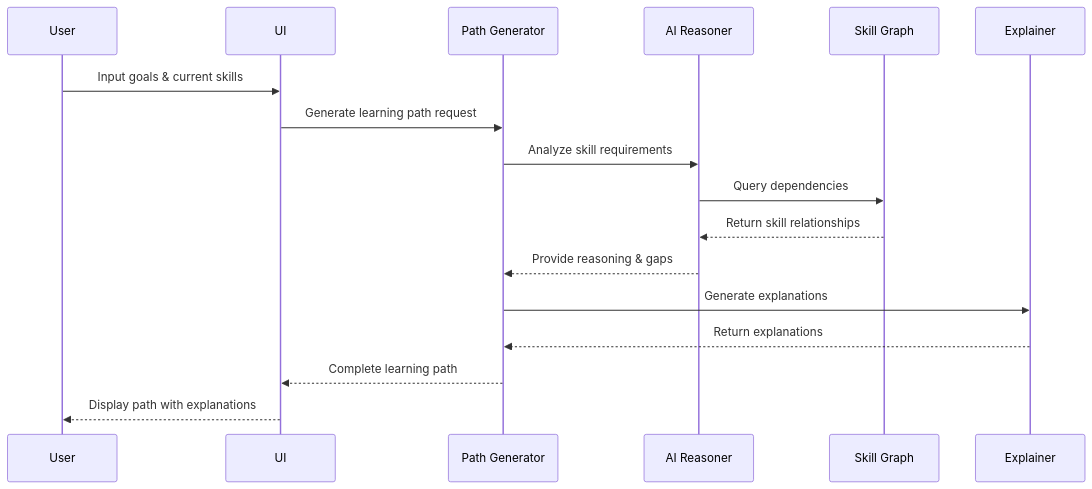
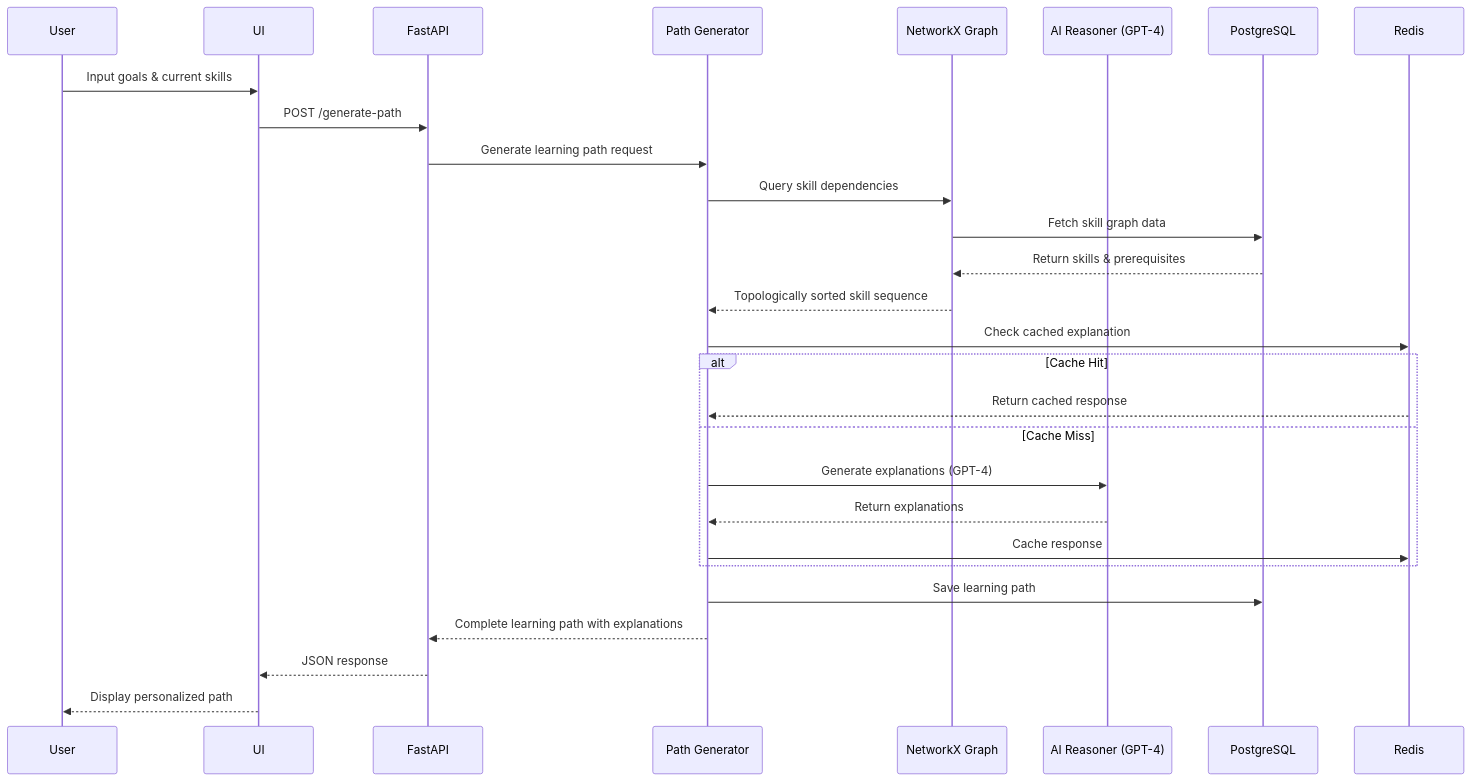
One commit to varnika070/skillscout changed the second of 2 diagrams in .kiro/specs/skill-scout/design.md. Above: the diagram before and after it, drawn with Mermaid. The commit also changed other lines of this file, not shown here.

````diff
--- a/.kiro/specs/skill-scout/design.md
+++ b/.kiro/specs/skill-scout/design.md
@@ -118,20 +120,34 @@
 ```mermaid
 sequenceDiagram
     participant User
     participant UI
+    participant FastAPI
     participant PathGen as Path Generator
-    participant Reasoner as AI Reasoner
-    participant SkillGraph as Skill Graph
-    participant Explainer
+    participant GraphEngine as NetworkX Graph
+    participant AIReasoner as AI Reasoner (GPT-4)
+    participant PostgreSQL
+    participant Redis
     
     User->>UI: Input goals & current skills
-    UI->>PathGen: Generate learning path request
-    PathGen->>Reasoner: Analyze skill requirements
-    Reasoner->>SkillGraph: Query dependencies
-    SkillGraph-->>Reasoner: Return skill relationships
-    Reasoner-->>PathGen: Provide reasoning & gaps
-    PathGen->>Explainer: Generate explanations
-    Explainer-->>PathGen: Return explanations
-    PathGen-->>UI: Complete learning path
-    UI-->>User: Display path with explanations
+    UI->>FastAPI: POST /generate-path
+    FastAPI->>PathGen: Generate learning path request
+    
+    PathGen->>GraphEngine: Query skill dependencies
+    GraphEngine->>PostgreSQL: Fetch skill graph data
+    PostgreSQL-->>GraphEngine: Return skills & prerequisites
+    GraphEngine-->>PathGen: Topologically sorted skill sequence
+    
+    PathGen->>Redis: Check cached explanation
+    alt Cache Hit
+        Redis-->>PathGen: Return cached response
+    else Cache Miss
+        PathGen->>AIReasoner: Generate explanations (GPT-4)
+        AIReasoner-->>PathGen: Return explanations
+        PathGen->>Redis: Cache response
+    end
+    
+    PathGen->>PostgreSQL: Save learning path
+    PathGen-->>FastAPI: Complete learning path with explanations
+    FastAPI-->>UI: JSON response
+    UI-->>User: Display personalized path
 ```
````
